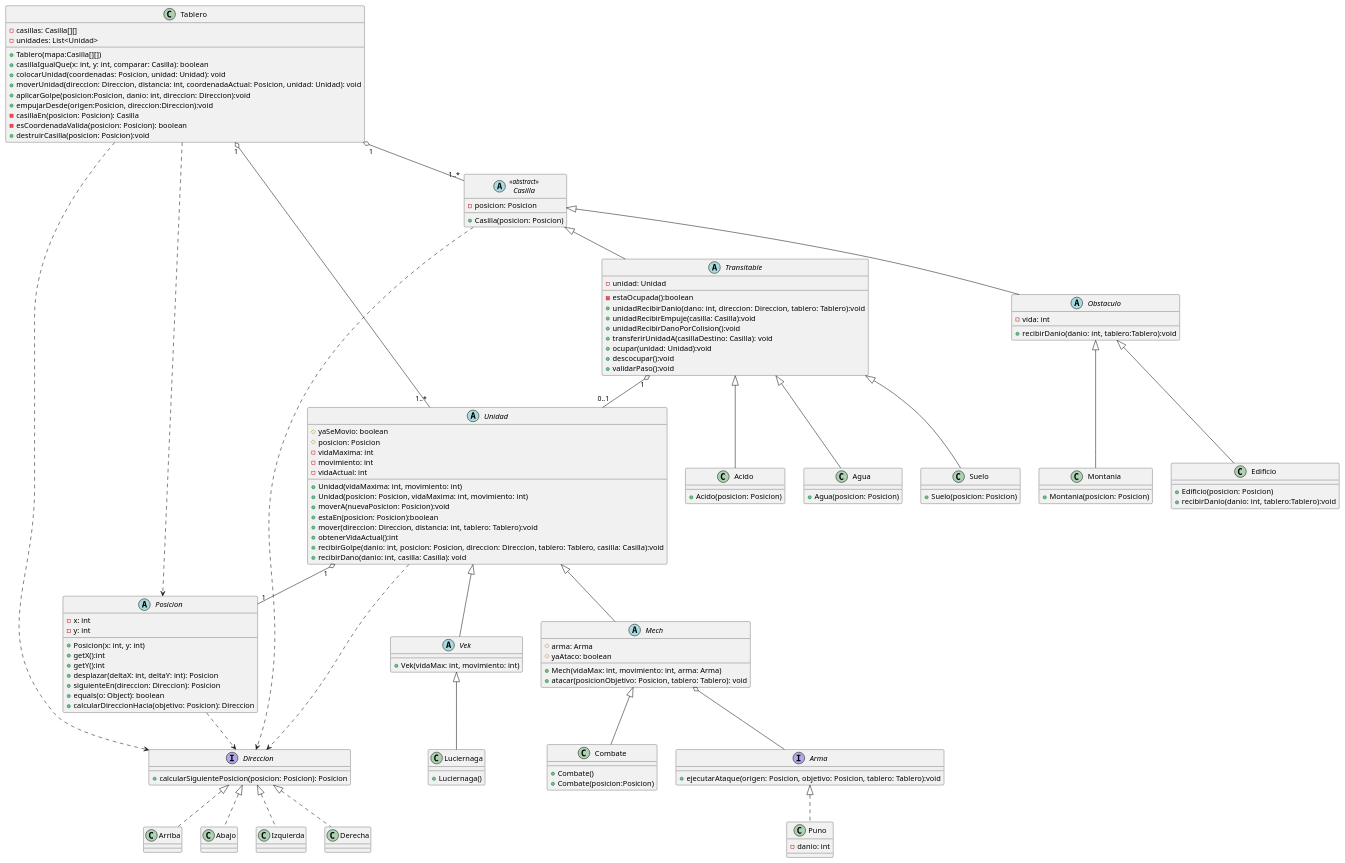
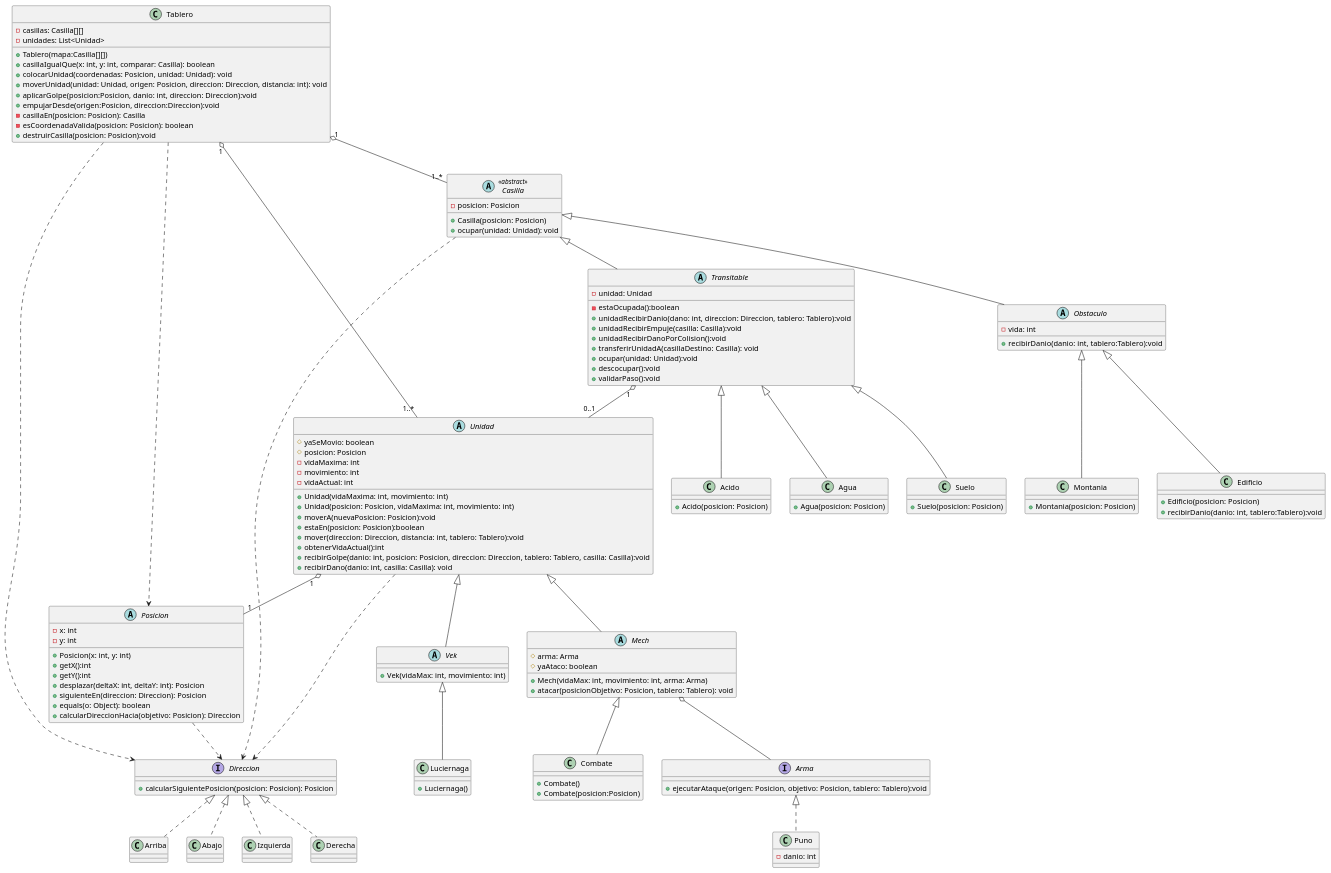
The diagram in diagrams/Entrega1/DiagramaClase.puml (MarianoArgerich/TP2_Paradigmas_Suarez), drawn with PlantUML before and after one commit. The commit also changed 17 other files, not shown here.

Commit message:
Hotfix, refactor con nuevo uml

```diff
--- a/diagrams/Entrega1/DiagramaClase.puml
+++ b/diagrams/Entrega1/DiagramaClase.puml
@@ -1,177 +1,178 @@
 @startuml
 'https://plantuml.com/class-diagram
 
 class Tablero {
         - casillas: Casilla[][]
         - unidades: List<Unidad>
 
         + Tablero(mapa:Casilla[][])
         + casillaIgualQue(x: int, y: int, comparar: Casilla): boolean
         + colocarUnidad(coordenadas: Posicion, unidad: Unidad): void
-        + moverUnidad(direccion: Direccion, distancia: int, coordenadaActual: Posicion, unidad: Unidad): void
+        + moverUnidad(unidad: Unidad, origen: Posicion, direccion: Direccion, distancia: int): void
         + aplicarGolpe(posicion:Posicion, danio: int, direccion: Direccion):void
         + empujarDesde(origen:Posicion, direccion:Direccion):void
         - casillaEn(posicion: Posicion): Casilla
         - esCoordenadaValida(posicion: Posicion): boolean
         + destruirCasilla(posicion: Posicion):void
 
 }
 
 abstract class Casilla <<abstract>> {
 
         - posicion: Posicion
 
         + Casilla(posicion: Posicion)
+        + ocupar(unidad: Unidad): void
 
 
 }
 
 
 abstract class Transitable extends Casilla{
         - unidad: Unidad
 
         - estaOcupada():boolean
         + unidadRecibirDanio(dano: int, direccion: Direccion, tablero: Tablero):void
         + unidadRecibirEmpuje(casilla: Casilla):void
         + unidadRecibirDanoPorColision():void
         + transferirUnidadA(casillaDestino: Casilla): void
         + ocupar(unidad: Unidad):void
         + descocupar():void
         + validarPaso():void
 
 }
 
 abstract class Obstaculo extends Casilla{
         - vida: int
 
         + recibirDanio(danio: int, tablero:Tablero):void
 }
 
 
 abstract class Unidad {
         # yaSeMovio: boolean
         # posicion: Posicion
         - vidaMaxima: int
         - movimiento: int
         - vidaActual: int
 
         + Unidad(vidaMaxima: int, movimiento: int)
         + Unidad(posicion: Posicion, vidaMaxima: int, movimiento: int)
         + moverA(nuevaPosicion: Posicion):void
         + estaEn(posicion: Posicion):boolean
         + mover(direccion: Direccion, distancia: int, tablero: Tablero):void
         + obtenerVidaActual():int
         + recibirGolpe(danio: int, posicion: Posicion, direccion: Direccion, tablero: Tablero, casilla: Casilla):void
         + recibirDano(danio: int, casilla: Casilla): void
 
 }
 
 abstract class Posicion {
         - x: int
         - y: int
 
         + Posicion(x: int, y: int)
         + getX():int
         + getY():int
         + desplazar(deltaX: int, deltaY: int): Posicion
         + siguienteEn(direccion: Direccion): Posicion
         + equals(o: Object): boolean
         + calcularDireccionHacia(objetivo: Posicion): Direccion
 }
 
 interface Direccion {
 
        + calcularSiguientePosicion(posicion: Posicion): Posicion
 }
 
 interface Arma {
 
        + ejecutarAtaque(origen: Posicion, objetivo: Posicion, tablero: Tablero):void
 }
 
 class Puno implements Arma {
         - danio: int
 }
 
 class Acido extends Transitable {
        + Acido(posicion: Posicion)
 }
 
 class Agua extends Transitable {
        + Agua(posicion: Posicion)
 }
 
 class Suelo extends Transitable {
        + Suelo(posicion: Posicion)
 }
 
 class Edificio extends Obstaculo {
 
        + Edificio(posicion: Posicion)
        + recibirDanio(danio: int, tablero:Tablero):void
 
 }
 
 class Montania extends Obstaculo {
 
        + Montania(posicion: Posicion)
 }
 
 
 class Abajo implements Direccion {
 
 }
 class Izquierda implements Direccion {
 
 }
 class Derecha implements Direccion {
 
 }
 class Arriba implements Direccion {
 
 }
 
 abstract class Mech extends Unidad{
         # arma: Arma
         # yaAtaco: boolean
 
         + Mech(vidaMax: int, movimiento: int, arma: Arma)
         + atacar(posicionObjetivo: Posicion, tablero: Tablero): void
 }
 
 abstract class Vek extends Unidad{
 
         + Vek(vidaMax: int, movimiento: int)
 }
 
 class Combate extends Mech{
         + Combate()
         + Combate(posicion:Posicion)
 }
 
 class Luciernaga extends Vek{
         + Luciernaga()
 }
 
 Tablero"1" o-- "1..*"Casilla
 Tablero"1" o-- "1..*"Unidad
 Tablero ..> Direccion
 Tablero ..> Posicion
 
 Transitable"1" o-- "0..1"Unidad
 
 Casilla ..> Direccion
 Unidad"1" o-- "1"Posicion
 Unidad ..> Direccion
 
 
 Posicion ..> Direccion
 Mech o-- Arma
 
 
 
 
 
 
 
 @enduml
```
